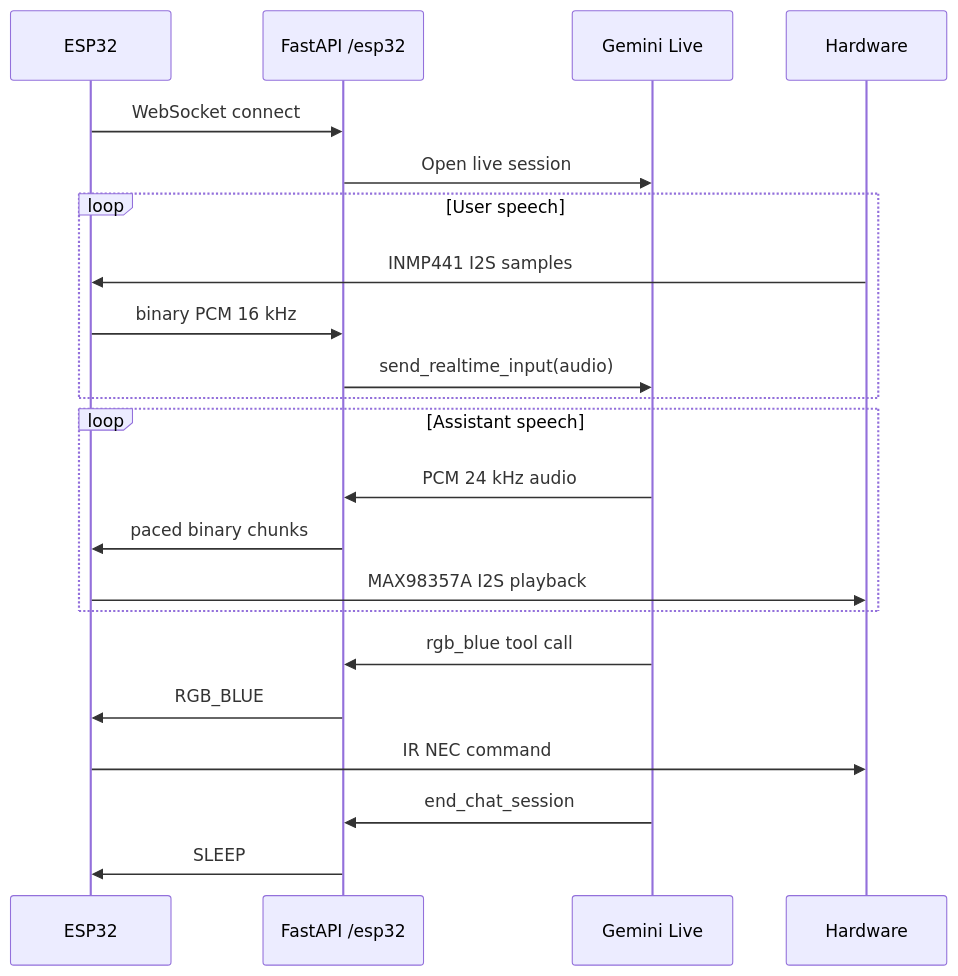
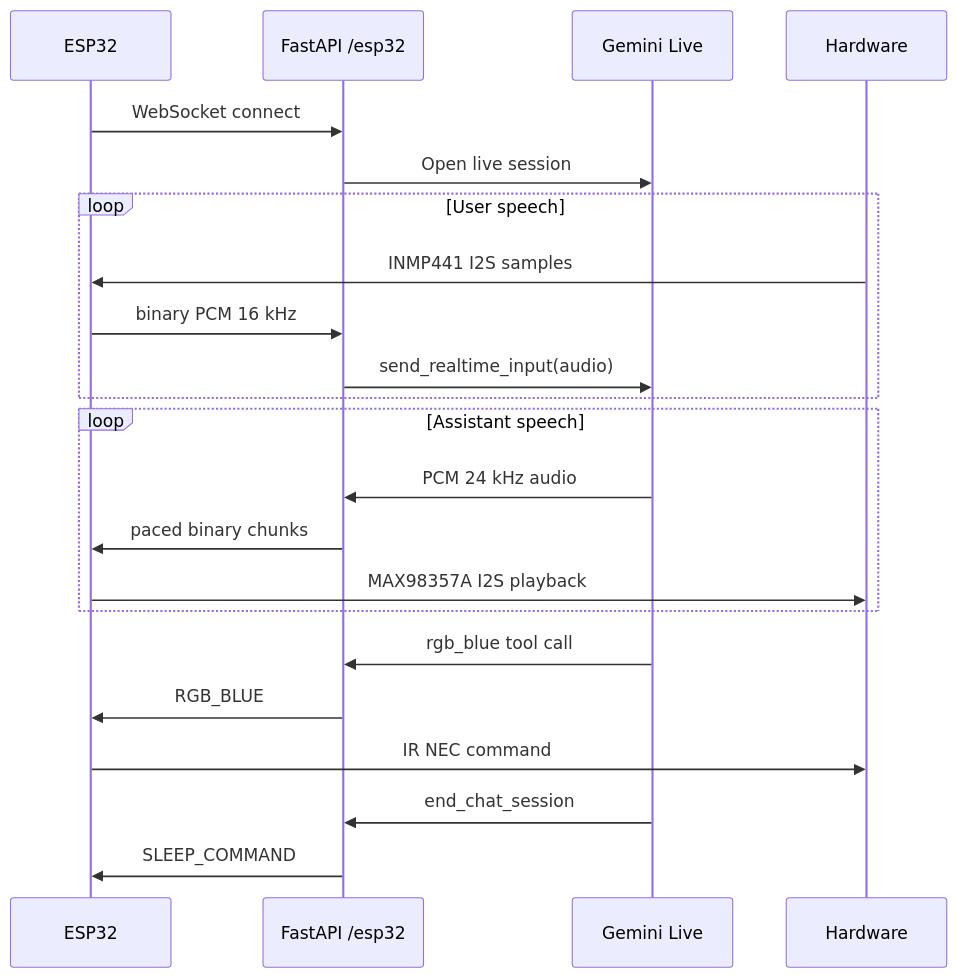
One commit to madebyparth/nova-ai changed the second of 3 diagrams in docs/Protocol.md. Above: the diagram before and after it, drawn with Mermaid. The commit also changed other lines of this file and 8 other files, not shown here.

````diff
--- a/docs/Protocol.md
+++ b/docs/Protocol.md
@@ -43,25 +43,25 @@
 ```mermaid
 sequenceDiagram
     participant E as ESP32
     participant S as FastAPI /esp32
     participant G as Gemini Live
     participant H as Hardware
 
     E->>S: WebSocket connect
     S->>G: Open live session
     loop User speech
         H->>E: INMP441 I2S samples
         E->>S: binary PCM 16 kHz
         S->>G: send_realtime_input(audio)
     end
     loop Assistant speech
         G->>S: PCM 24 kHz audio
         S->>E: paced binary chunks
         E->>H: MAX98357A I2S playback
     end
     G->>S: rgb_blue tool call
     S->>E: RGB_BLUE
     E->>H: IR NEC command
     G->>S: end_chat_session
-    S->>E: SLEEP
+    S->>E: SLEEP_COMMAND
 ```
````
